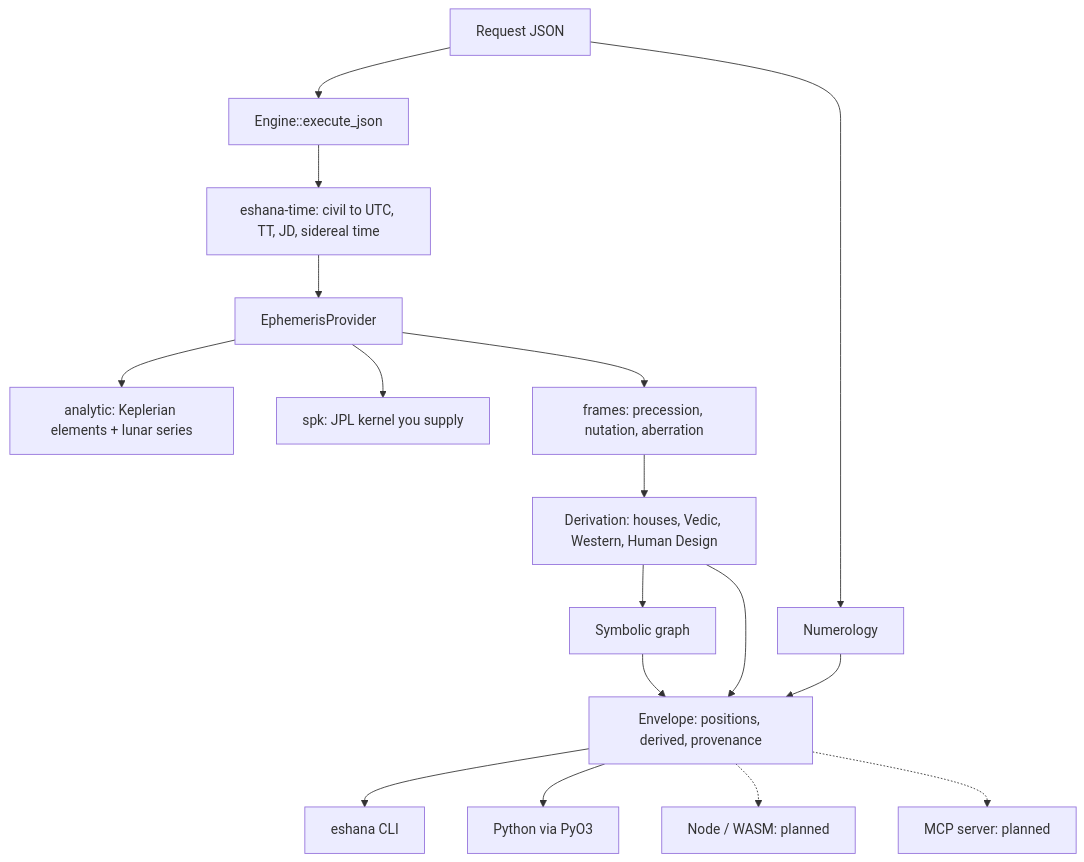
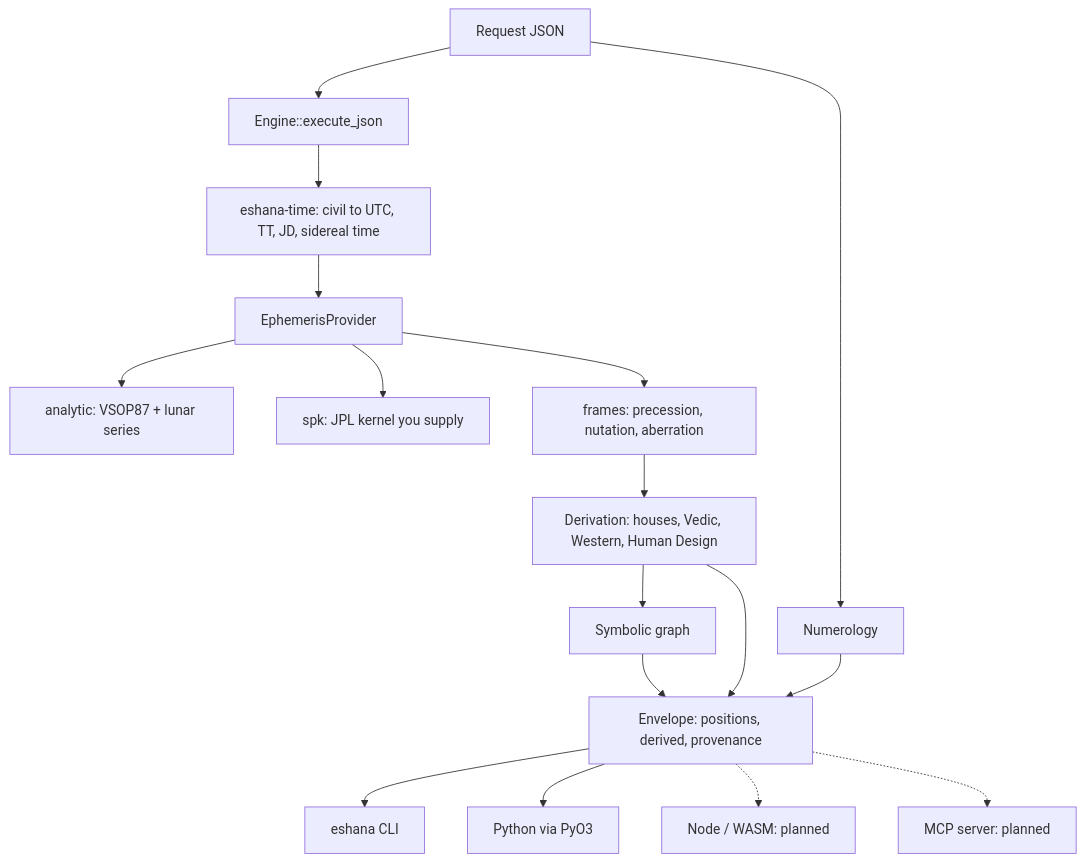
The diagram in docs/concepts/architecture.md (Neo-Pragnya/ESHANA), drawn with Mermaid before and after one commit. The commit also changed 48 other files, not shown here.

First line of the commit message:
Wave 2: returns, eclipses, gochara, solar arc, asteroids; analytic provider on VSOP87

````diff
--- a/docs/concepts/architecture.md
+++ b/docs/concepts/architecture.md
@@ -12,19 +12,19 @@
 ```mermaid
 flowchart TD
   U[Request JSON] --> E[Engine::execute_json]
   E --> T[eshana-time: civil to UTC, TT, JD, sidereal time]
   T --> P[EphemerisProvider]
-  P --> A[analytic: Keplerian elements + lunar series]
+  P --> A[analytic: VSOP87 + lunar series]
   P --> S[spk: JPL kernel you supply]
   P --> F[frames: precession, nutation, aberration]
   F --> D[Derivation: houses, Vedic, Western, Human Design]
   U --> N[Numerology]
   D --> G[Symbolic graph]
   D --> X[Envelope: positions, derived, provenance]
   N --> X
   G --> X
   X --> CLI[eshana CLI]
   X --> PY[Python via PyO3]
   X -.-> JS[Node / WASM: planned]
   X -.-> MCP[MCP server: planned]
 ```
````
